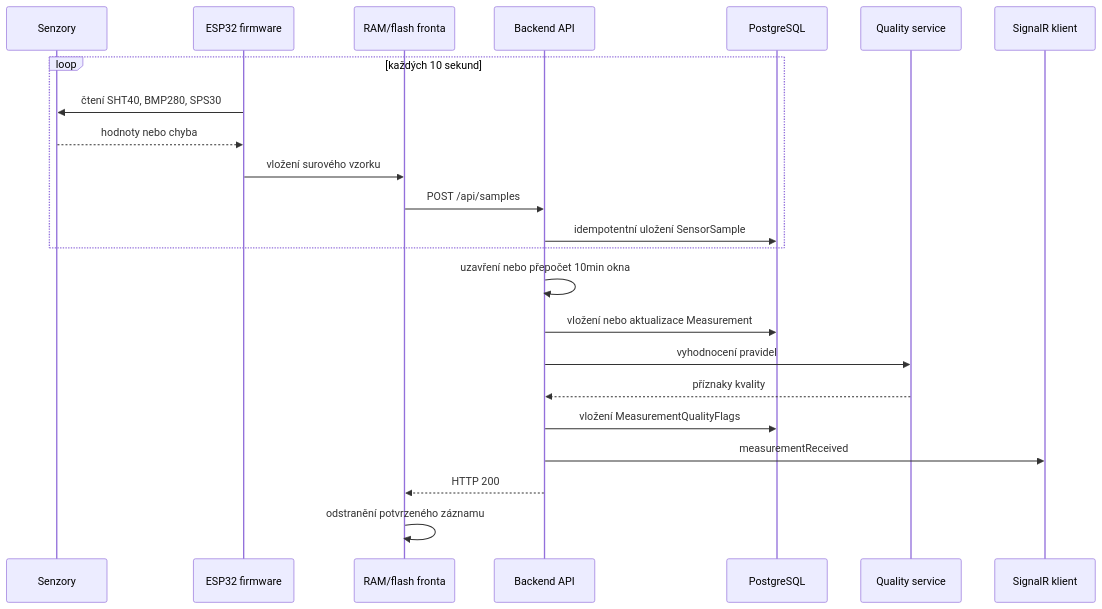
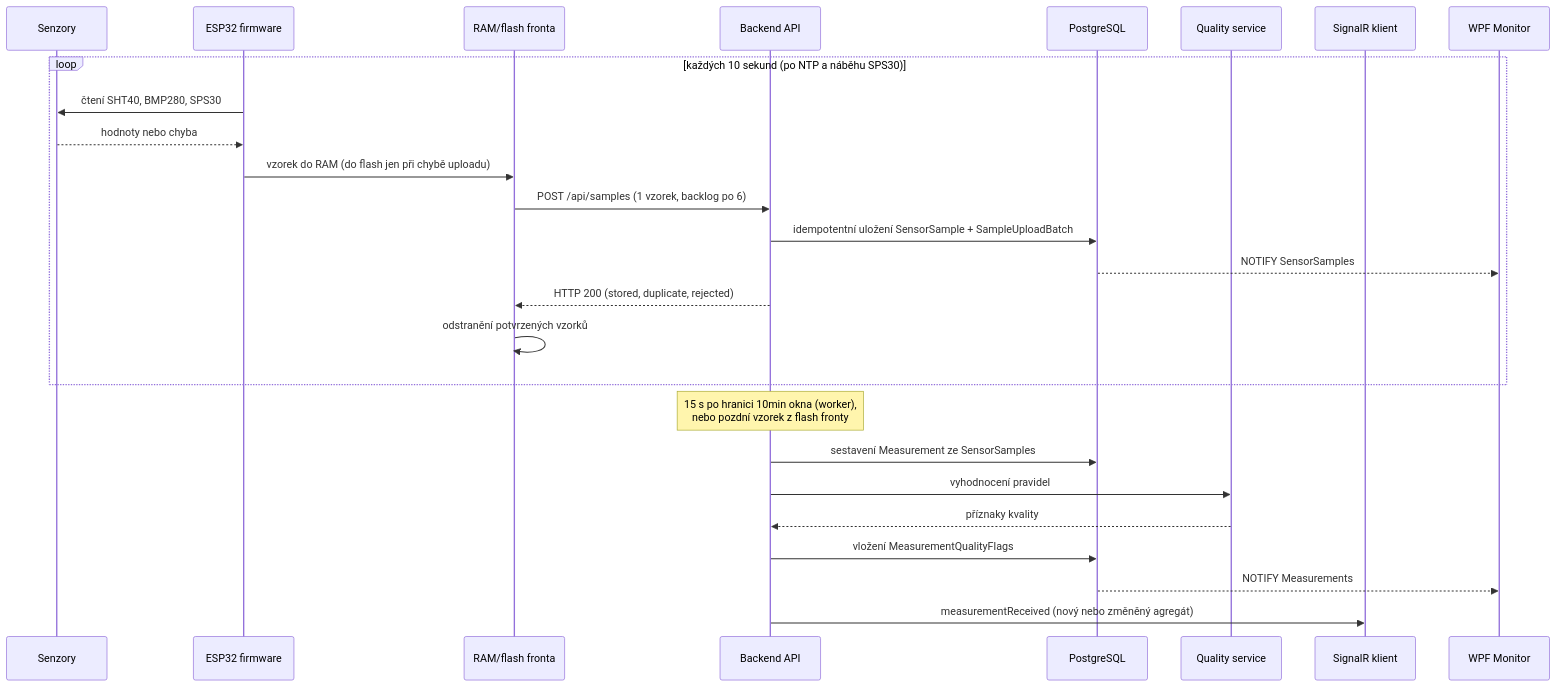
The third of 3 diagrams in docs/ARCHITEKTURA_A_POPIS_SYSTEMU.md (Radovan30/MeteoStanice), drawn with Mermaid before and after one commit. The commit also changed other lines of this file and 2 other files, not shown here.

First line of the commit message:
Dokumentace: diagramy a popis odpovidaji 10s toku, workeru a Monitoru

````diff
--- a/docs/ARCHITEKTURA_A_POPIS_SYSTEMU.md
+++ b/docs/ARCHITEKTURA_A_POPIS_SYSTEMU.md
@@ -1093,27 +1096,30 @@
 ```mermaid
 sequenceDiagram
     participant Sensors as Senzory
     participant ESP as ESP32 firmware
     participant Queue as RAM/flash fronta
     participant API as Backend API
     participant DB as PostgreSQL
     participant QC as Quality service
     participant UI as SignalR klient
+    participant Mon as WPF Monitor
 
-    loop každých 10 sekund
+    loop každých 10 sekund (po NTP a náběhu SPS30)
         ESP->>Sensors: čtení SHT40, BMP280, SPS30
         Sensors-->>ESP: hodnoty nebo chyba
-        ESP->>Queue: vložení surového vzorku
-        Queue->>API: POST /api/samples
-        API->>DB: idempotentní uložení SensorSample
+        ESP->>Queue: vzorek do RAM (do flash jen při chybě uploadu)
+        Queue->>API: POST /api/samples (1 vzorek, backlog po 6)
+        API->>DB: idempotentní uložení SensorSample + SampleUploadBatch
+        DB-->>Mon: NOTIFY SensorSamples
+        API-->>Queue: HTTP 200 (stored, duplicate, rejected)
+        Queue->>Queue: odstranění potvrzených vzorků
     end
 
-    API->>API: uzavření nebo přepočet 10min okna
-    API->>DB: vložení nebo aktualizace Measurement
+    Note over API: 15 s po hranici 10min okna (worker),<br/>nebo pozdní vzorek z flash fronty
+    API->>DB: sestavení Measurement ze SensorSamples
     API->>QC: vyhodnocení pravidel
     QC-->>API: příznaky kvality
     API->>DB: vložení MeasurementQualityFlags
-    API->>UI: measurementReceived
-    API-->>Queue: HTTP 200
-    Queue->>Queue: odstranění potvrzeného záznamu
+    DB-->>Mon: NOTIFY Measurements
+    API->>UI: measurementReceived (nový nebo změněný agregát)
 ```
````
